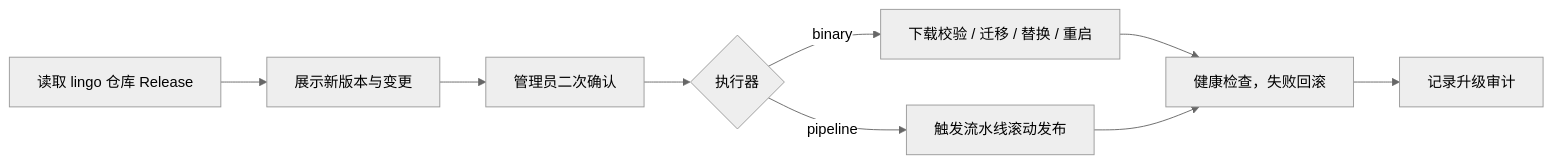
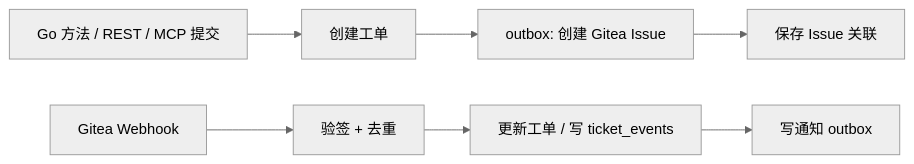
Before and after one commit to zhouhao4221/lingo: the sixth of 7 diagrams in docs/requirements/PRD.md, drawn with Mermaid. The commit also changed other lines of this file and 37 other files, not shown here.

````diff
--- a/docs/requirements/PRD.md
+++ b/docs/requirements/PRD.md
@@ -471,12 +457,10 @@
 ```mermaid
 %%{init: {'theme':'neutral'}}%%
 flowchart LR
-  A[读取 lingo 仓库 Release] --> B[展示新版本与变更]
-  B --> C[管理员二次确认]
-  C --> D{执行器}
-  D -- binary --> E[下载校验 / 迁移 / 替换 / 重启]
-  D -- pipeline --> F[触发流水线滚动发布]
-  E --> G[健康检查，失败回滚]
-  F --> G
-  G --> H[记录升级审计]
+  A[Go 方法 / REST / MCP 提交] --> B[创建工单]
+  B --> C[outbox: 创建 Gitea Issue]
+  C --> D[保存 Issue 关联]
+  E[Gitea Webhook] --> F[验签 + 去重]
+  F --> G[更新工单 / 写 ticket_events]
+  G --> H[写通知 outbox]
 ```
````
